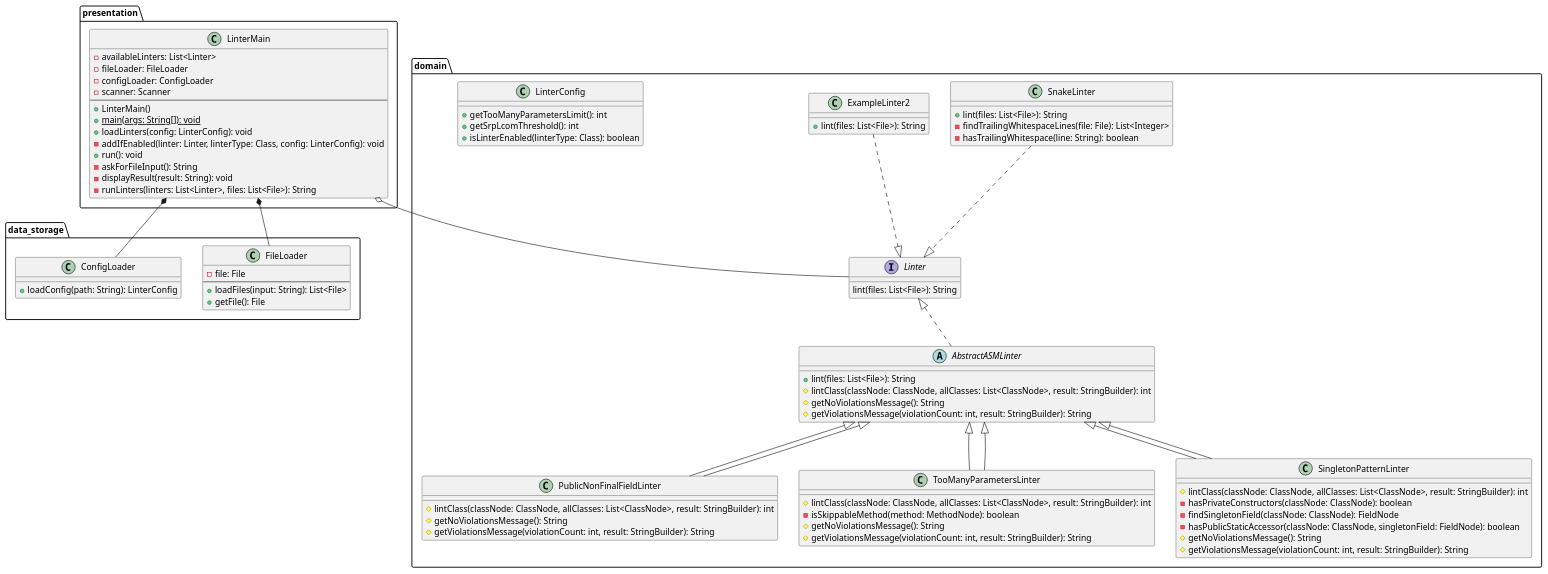
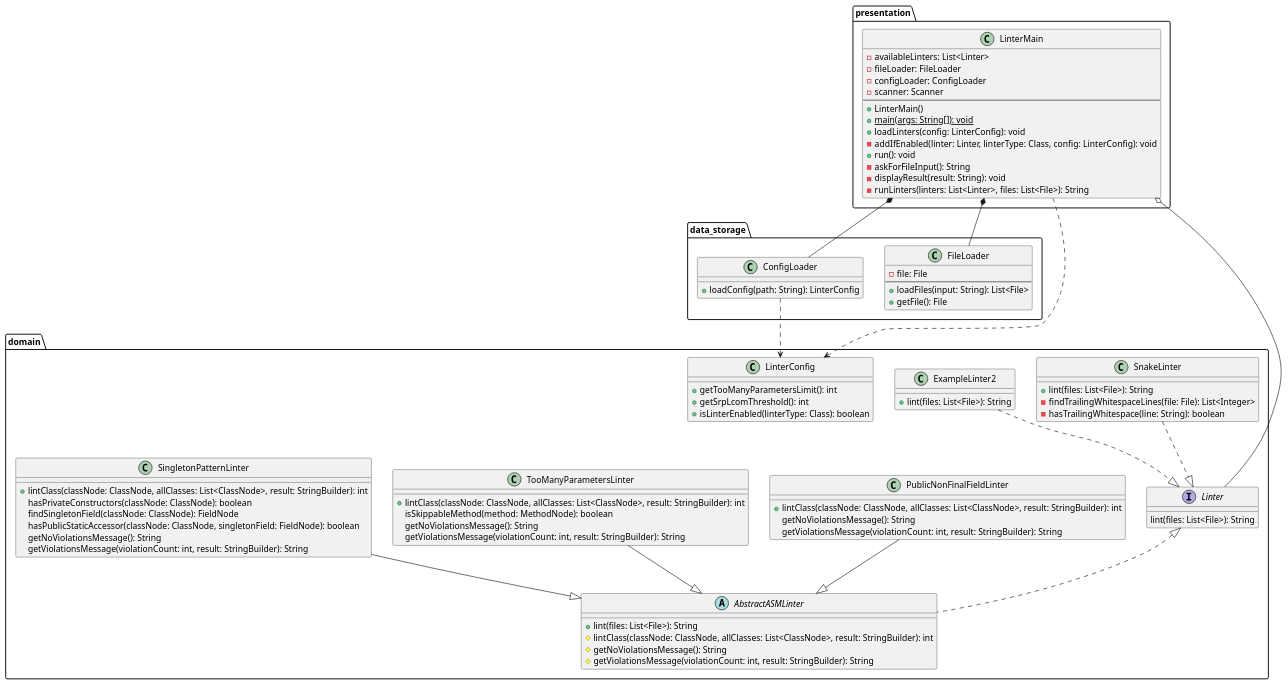
The diagram in current.puml (rhit-medleymc/CSSE374-Linter-Project), drawn with PlantUML before and after one commit. The commit also changed other lines of this file, not shown here.

Commit message:
design fix

```diff
--- a/current.puml
+++ b/current.puml
@@ -6,88 +6,90 @@
 @startuml
 package data_storage{
   class FileLoader {
     -file: File
     --
     +loadFiles(input: String): List<File>
     +getFile(): File
   }
   class ConfigLoader {
     +loadConfig(path: String): LinterConfig
   }
 }
 
 package domain{
   class SnakeLinter {
     +lint(files: List<File>): String
     -findTrailingWhitespaceLines(file: File): List<Integer>
     -hasTrailingWhitespace(line: String): boolean
   }
 
   abstract class AbstractASMLinter implements Linter {
     +lint(files: List<File>): String
     #lintClass(classNode: ClassNode, allClasses: List<ClassNode>, result: StringBuilder): int
     #getNoViolationsMessage(): String
     #getViolationsMessage(violationCount: int, result: StringBuilder): String
   }
 
-  class PublicNonFinalFieldLinter extends AbstractASMLinter{
-    #lintClass(classNode: ClassNode, allClasses: List<ClassNode>, result: StringBuilder): int
-    #getNoViolationsMessage(): String
-    #getViolationsMessage(violationCount: int, result: StringBuilder): String
-  }
 
   class ExampleLinter2 {
     +lint(files: List<File>): String
   }
-
-  class TooManyParametersLinter extends AbstractASMLinter{
-    #lintClass(classNode: ClassNode, allClasses: List<ClassNode>, result: StringBuilder): int
-    -isSkippableMethod(method: MethodNode): boolean
-    #getNoViolationsMessage(): String
-    #getViolationsMessage(violationCount: int, result: StringBuilder): String
+  
+  class PublicNonFinalFieldLinter {
+    +lintClass(classNode: ClassNode, allClasses: List<ClassNode>, result: StringBuilder): int
+    getNoViolationsMessage(): String
+    getViolationsMessage(violationCount: int, result: StringBuilder): String
   }
-  class SingletonPatternLinter extends AbstractASMLinter{
-    #lintClass(classNode: ClassNode, allClasses: List<ClassNode>, result: StringBuilder): int
-    -hasPrivateConstructors(classNode: ClassNode): boolean
-    -findSingletonField(classNode: ClassNode): FieldNode
-    -hasPublicStaticAccessor(classNode: ClassNode, singletonField: FieldNode): boolean
-    #getNoViolationsMessage(): String
-    #getViolationsMessage(violationCount: int, result: StringBuilder): String
+  class TooManyParametersLinter  {
+    +lintClass(classNode: ClassNode, allClasses: List<ClassNode>, result: StringBuilder): int
+    isSkippableMethod(method: MethodNode): boolean
+    getNoViolationsMessage(): String
+    getViolationsMessage(violationCount: int, result: StringBuilder): String
+  }
+  class SingletonPatternLinter {
+    +lintClass(classNode: ClassNode, allClasses: List<ClassNode>, result: StringBuilder): int
+    hasPrivateConstructors(classNode: ClassNode): boolean
+    findSingletonField(classNode: ClassNode): FieldNode
+    hasPublicStaticAccessor(classNode: ClassNode, singletonField: FieldNode): boolean
+    getNoViolationsMessage(): String
+    getViolationsMessage(violationCount: int, result: StringBuilder): String
   }
   class LinterConfig {
     +getTooManyParametersLimit(): int
     +getSrpLcomThreshold(): int
     +isLinterEnabled(linterType: Class): boolean
   }
   interface Linter {
     lint(files: List<File>): String
   }
 }
 
 package presentation{
   class LinterMain {
     -availableLinters: List<Linter>
     -fileLoader: FileLoader
     -configLoader: ConfigLoader
     -scanner: Scanner
     --
     +LinterMain()
     +{static} main(args: String[]): void
     +loadLinters(config: LinterConfig): void
     -addIfEnabled(linter: Linter, linterType: Class, config: LinterConfig): void
     +run(): void
     -askForFileInput(): String
     -displayResult(result: String): void
     -runLinters(linters: List<Linter>, files: List<File>): String
   }
 }
 
 SnakeLinter ..|> Linter
 ExampleLinter2 ..|> Linter
 TooManyParametersLinter --|> AbstractASMLinter
 LinterMain o-- Linter
 LinterMain *-- FileLoader
 LinterMain *-- ConfigLoader
+ConfigLoader ..> LinterConfig
+LinterMain ..> LinterConfig
 PublicNonFinalFieldLinter --|> AbstractASMLinter
 SingletonPatternLinter --|> AbstractASMLinter
 @enduml
```
